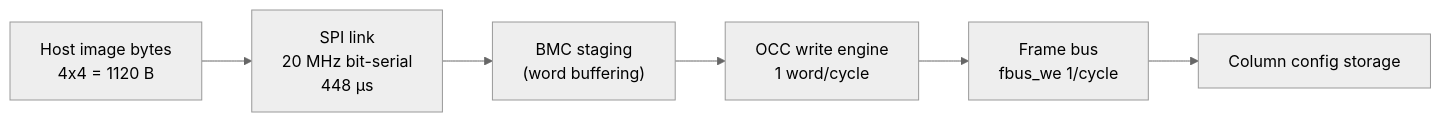
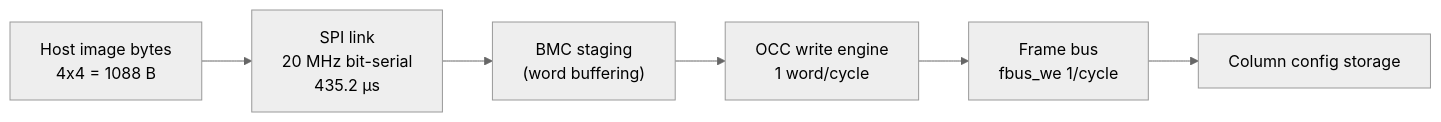
Before and after one commit to BaiTian6641/Astral_Platform: the diagram in docs/performance-model.md, drawn with Mermaid (neutral theme). The commit also changed other lines of this file and 40 other files, not shown here.

````diff
--- a/docs/performance-model.md
+++ b/docs/performance-model.md
@@ -81,8 +87,8 @@
 ```mermaid
 flowchart LR
-    H["Host image bytes<br/>4x4 = 1120 B"] --> SPI["SPI link<br/>20 MHz bit-serial<br/>448 µs"]
+    H["Host image bytes<br/>4x4 = 1088 B"] --> SPI["SPI link<br/>20 MHz bit-serial<br/>435.2 µs"]
     SPI --> BMC["BMC staging<br/>(word buffering)"]
     BMC --> OCC["OCC write engine<br/>1 word/cycle"]
     OCC --> FB["Frame bus<br/>fbus_we 1/cycle"]
     FB --> COL["Column config storage"]
 ```
````
